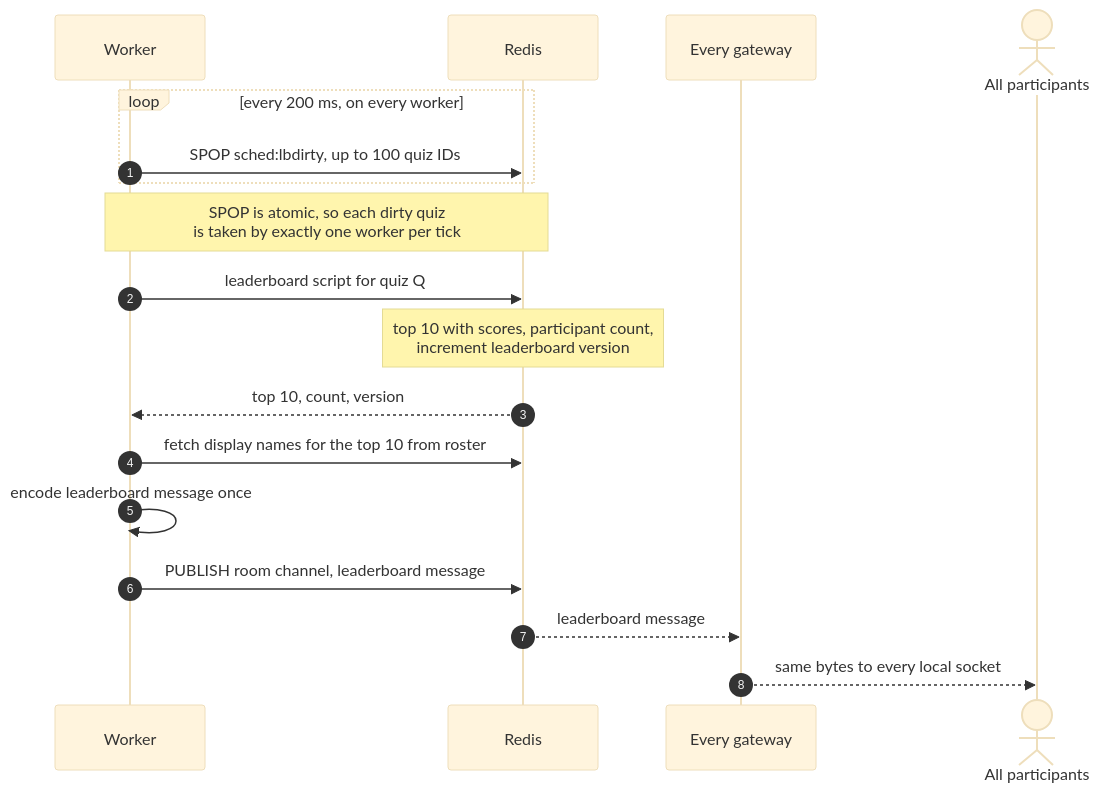
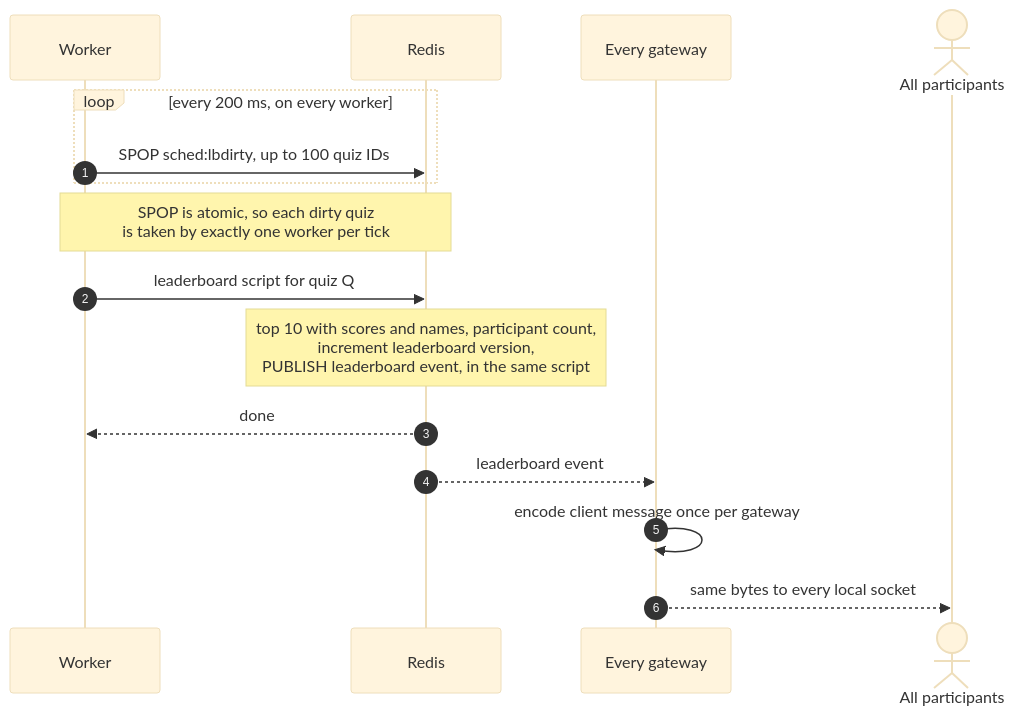
The fifth of 8 diagrams in docs/system-design/data-flow.md (rizqyep/elsa-coding-challenge), drawn with Mermaid (base theme) before and after one commit. The commit also changed other lines of this file and 6 other files, not shown here.

Commit message:
docs: add schema and ops for cache and persistent data in trd

````diff
--- a/docs/system-design/data-flow.md
+++ b/docs/system-design/data-flow.md
@@ -135,21 +135,19 @@
 ```mermaid
 sequenceDiagram
     autonumber
     participant Sx as Worker
     participant R as Redis
     participant ALL as Every gateway
     actor PS as All participants
 
     loop every 200 ms, on every worker
         Sx->>R: SPOP sched:lbdirty, up to 100 quiz IDs
     end
     Note over Sx,R: SPOP is atomic, so each dirty quiz<br/>is taken by exactly one worker per tick
     Sx->>R: leaderboard script for quiz Q
-    Note over R: top 10 with scores, participant count,<br/>increment leaderboard version
-    R-->>Sx: top 10, count, version
-    Sx->>R: fetch display names for the top 10 from roster
-    Sx->>Sx: encode leaderboard message once
-    Sx->>R: PUBLISH room channel, leaderboard message
-    R-->>ALL: leaderboard message
+    Note over R: top 10 with scores and names, participant count,<br/>increment leaderboard version,<br/>PUBLISH leaderboard event, in the same script
+    R-->>Sx: done
+    R-->>ALL: leaderboard event
+    ALL->>ALL: encode client message once per gateway
     ALL-->>PS: same bytes to every local socket
 ```
````
